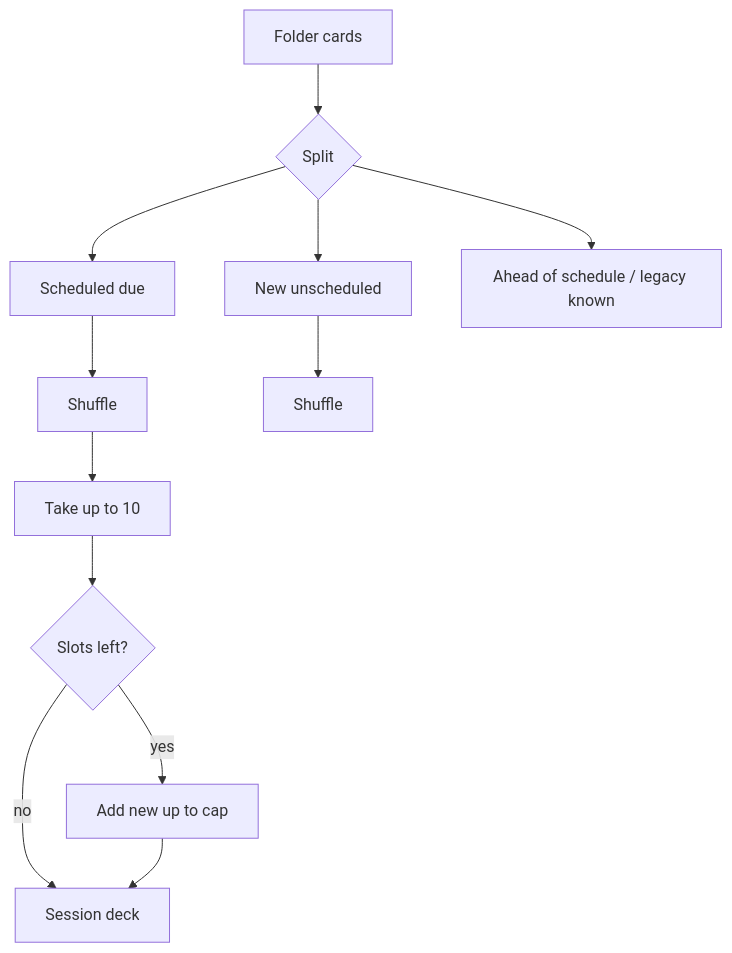
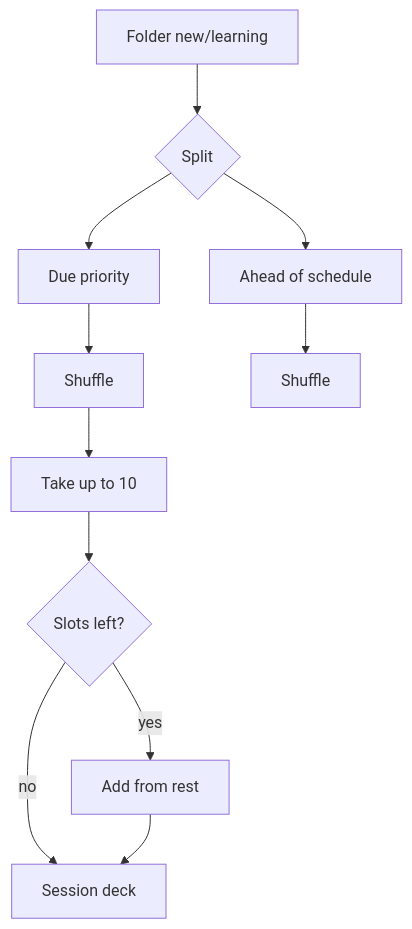
The diagram in docs/algorithms/due-first-session.md (landriiuk/mcp), drawn with Mermaid before and after one commit. The commit also changed other lines of this file and 48 other files, not shown here.

````diff
--- a/docs/algorithms/due-first-session.md
+++ b/docs/algorithms/due-first-session.md
@@ -39,14 +43,13 @@
 ```mermaid
 flowchart TD
-  pool[Folder cards] --> split{Split}
-  split --> due[Scheduled due]
-  split --> news[New unscheduled]
-  split --> skip[Ahead of schedule / legacy known]
+  pool[Folder new/learning] --> split{Split}
+  split --> due[Due priority]
+  split --> rest[Ahead of schedule]
   due --> shuffleDue[Shuffle]
-  news --> shuffleNew[Shuffle]
+  rest --> shuffleRest[Shuffle]
   shuffleDue --> takeDue[Take up to 10]
   takeDue --> fill{Slots left?}
-  fill -->|yes| addNew[Add new up to cap]
+  fill -->|yes| addRest[Add from rest]
   fill -->|no| deck[Session deck]
-  addNew --> deck
+  addRest --> deck
 ```
````
